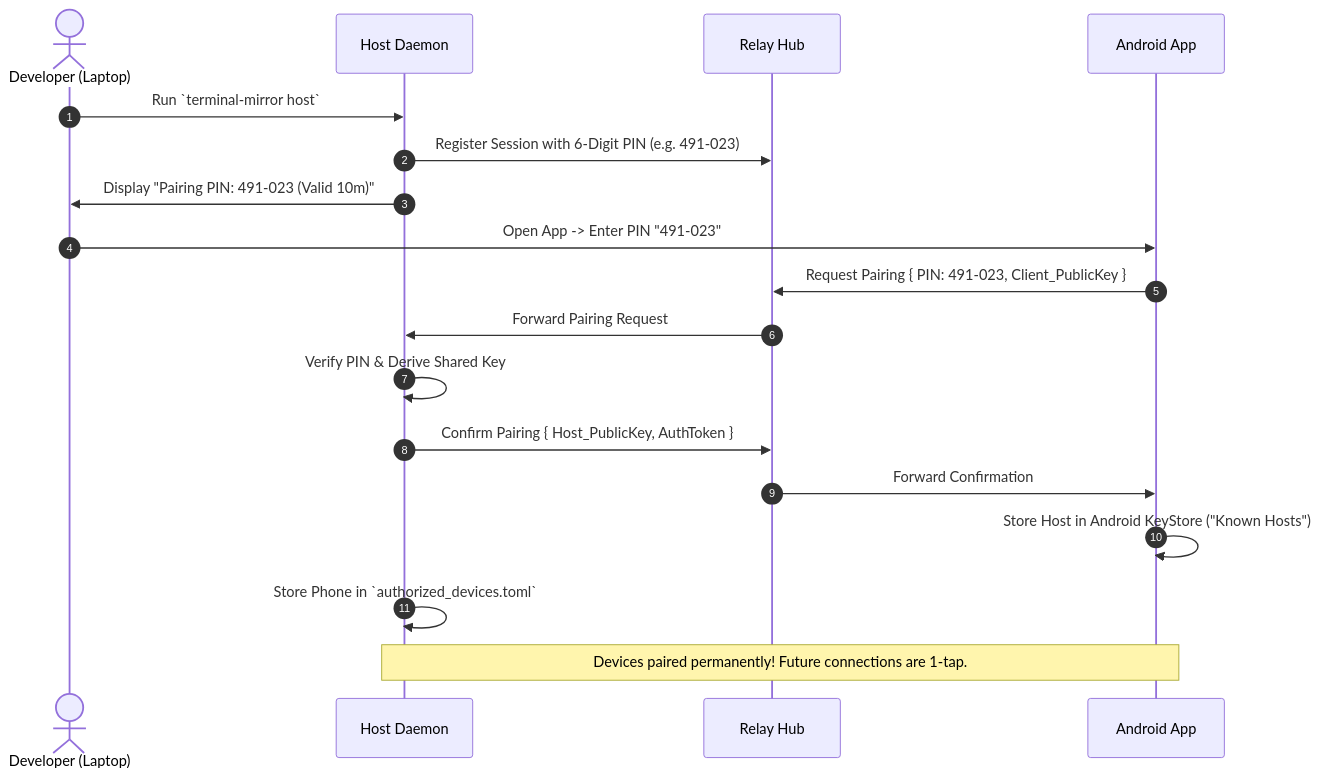
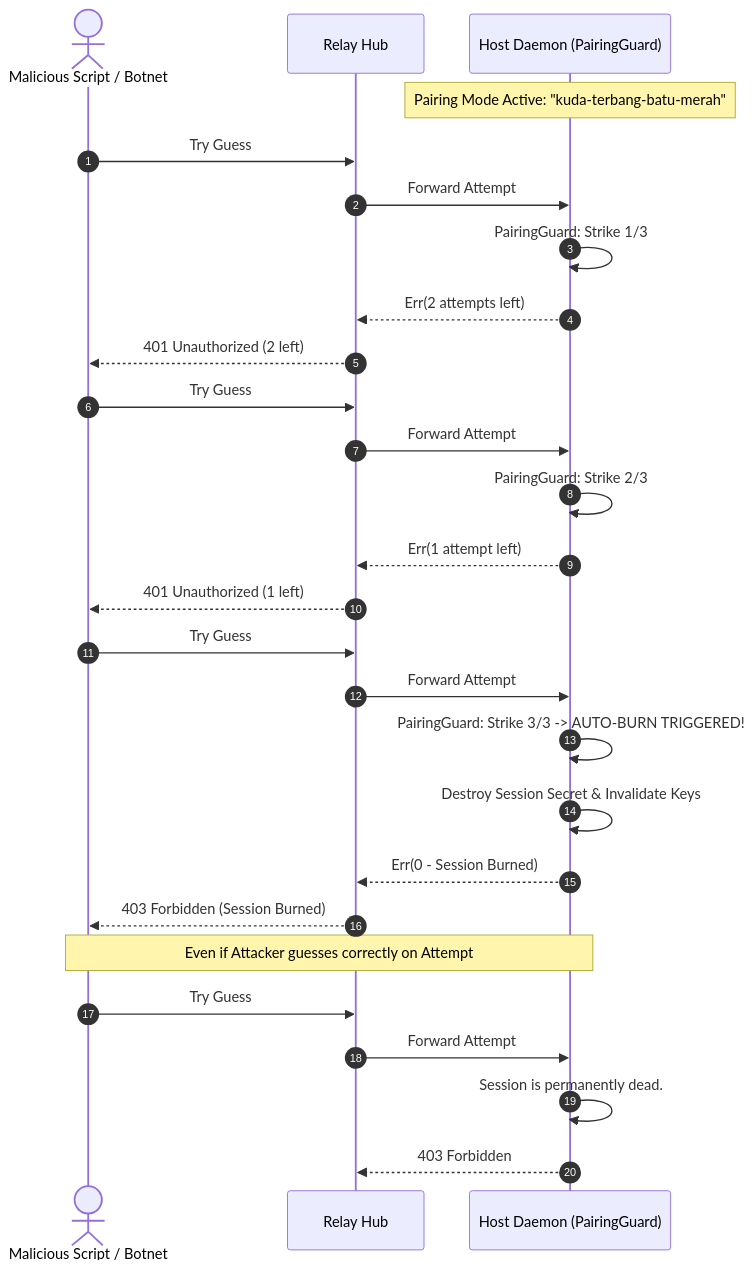
Before and after one commit to mufidhadi/terminal-mirror: the second of 2 diagrams in docs/ARCHITECTURE_DIAGRAM.md, drawn with Mermaid. The commit also changed other lines of this file and 13 other files, not shown here.

Commit message:
feat: implement hardened anti-abuse relay, 3-strike pairing guard, decoupled streaming, and android foreground service

````diff
--- a/docs/ARCHITECTURE_DIAGRAM.md
+++ b/docs/ARCHITECTURE_DIAGRAM.md
@@ -95,22 +61,33 @@
 ```mermaid
 sequenceDiagram
     autonumber
-    actor Dev as Developer (Laptop)
-    participant Host as Host Daemon
+    actor Attacker as Malicious Script / Botnet
     participant Relay as Relay Hub
-    participant Phone as Android App
+    participant Host as Host Daemon (PairingGuard)
 
-    Dev->>Host: Run `terminal-mirror host`
-    Host->>Relay: Register Session with 6-Digit PIN (e.g. 491-023)
-    Host->>Dev: Display "Pairing PIN: 491-023 (Valid 10m)"
+    Note over Host: Pairing Mode Active: "kuda-terbang-batu-merah"
+    Attacker->>Relay: Try Guess #1: "123456"
+    Relay->>Host: Forward Attempt
+    Host->>Host: PairingGuard: Strike 1/3
+    Host-->>Relay: Err(2 attempts left)
+    Relay-->>Attacker: 401 Unauthorized (2 left)
 
-    Dev->>Phone: Open App -> Enter PIN "491-023"
-    Phone->>Relay: Request Pairing { PIN: 491-023, Client_PublicKey }
-    Relay->>Host: Forward Pairing Request
-    Host->>Host: Verify PIN & Derive Shared Key
-    Host->>Relay: Confirm Pairing { Host_PublicKey, AuthToken }
-    Relay->>Phone: Forward Confirmation
-    Phone->>Phone: Store Host in Android KeyStore ("Known Hosts")
-    Host->>Host: Store Phone in `authorized_devices.toml`
-    Note over Host,Phone: Devices paired permanently! Future connections are 1-tap.
+    Attacker->>Relay: Try Guess #2: "admin1"
+    Relay->>Host: Forward Attempt
+    Host->>Host: PairingGuard: Strike 2/3
+    Host-->>Relay: Err(1 attempt left)
+    Relay-->>Attacker: 401 Unauthorized (1 left)
+
+    Attacker->>Relay: Try Guess #3: "password"
+    Relay->>Host: Forward Attempt
+    Host->>Host: PairingGuard: Strike 3/3 -> AUTO-BURN TRIGGERED!
+    Host->>Host: Destroy Session Secret & Invalidate Keys
+    Host-->>Relay: Err(0 - Session Burned)
+    Relay-->>Attacker: 403 Forbidden (Session Burned)
+
+    Note over Attacker,Host: Even if Attacker guesses correctly on Attempt #4:
+    Attacker->>Relay: Try Guess #4: "kuda-terbang-batu-merah"
+    Relay->>Host: Forward Attempt
+    Host->>Host: Session is permanently dead.
+    Host-->>Relay: 403 Forbidden
 ```
````
